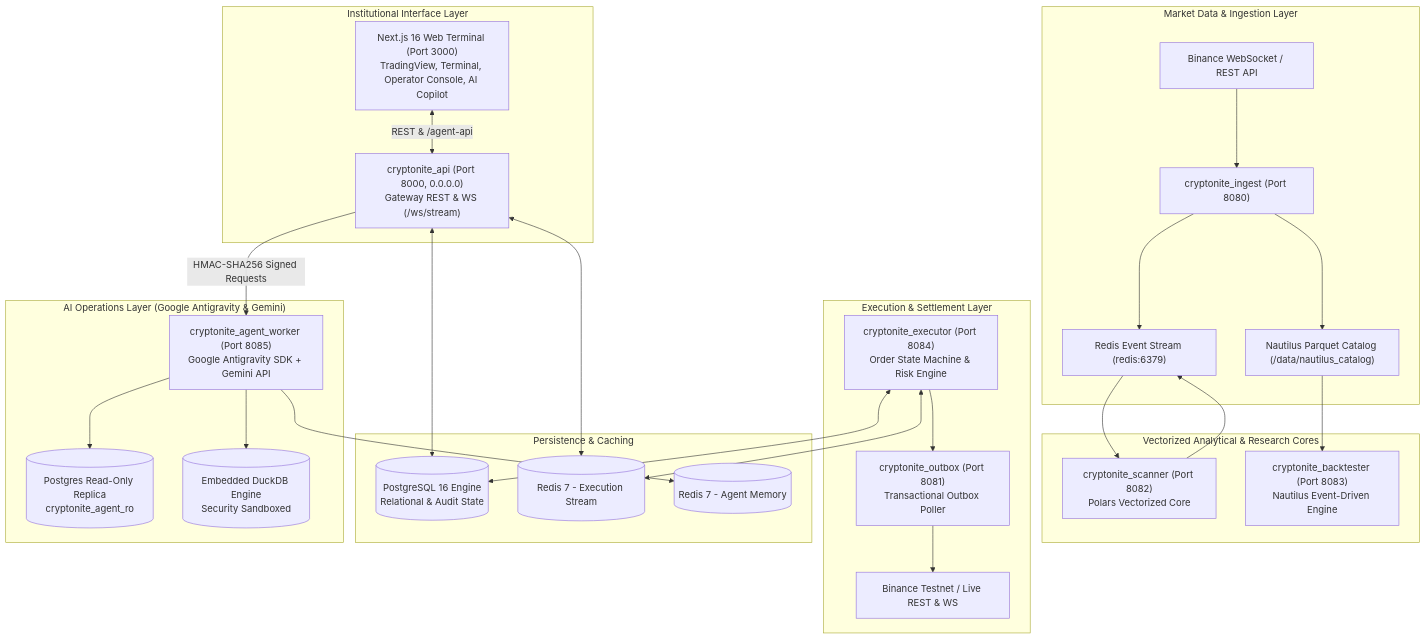
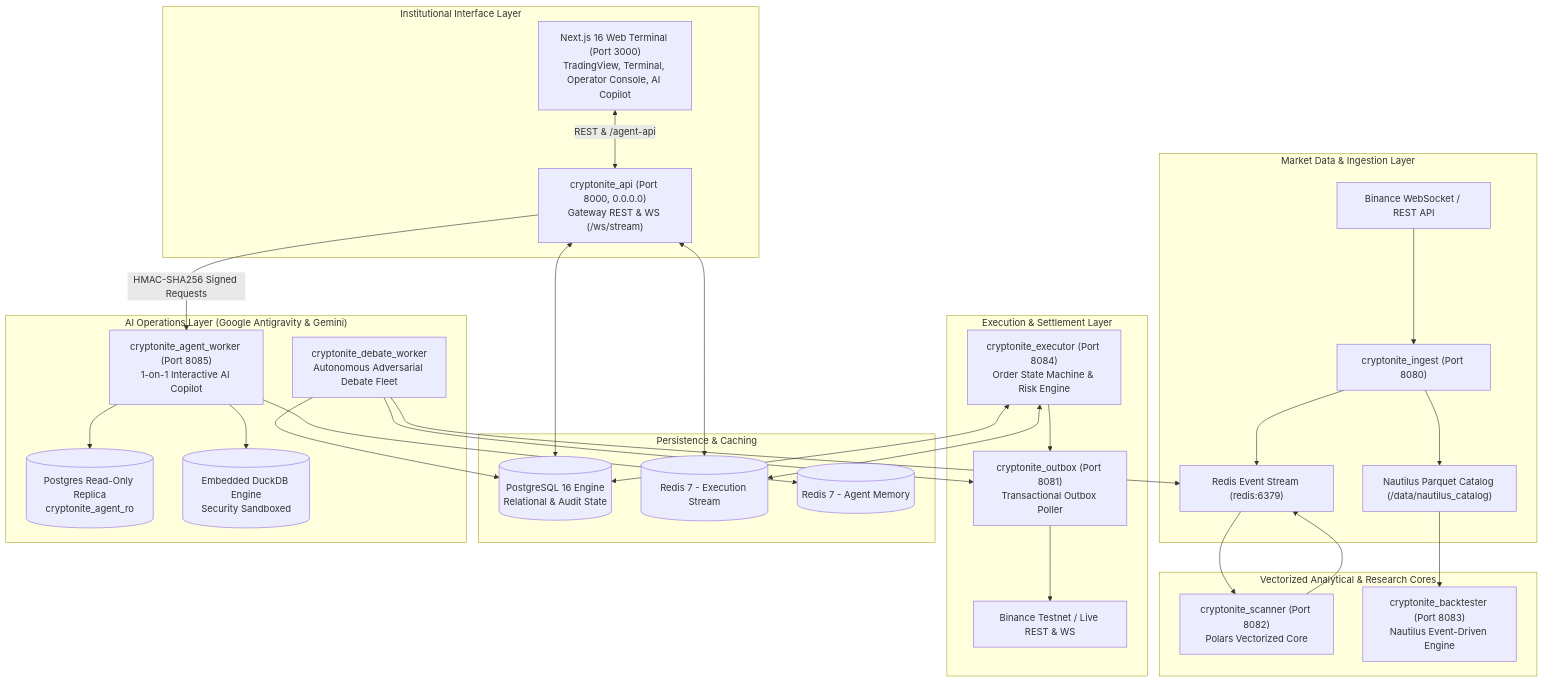
The first of 2 diagrams in README.md (sayegh9/cryptonite), drawn with Mermaid before and after one commit. The commit also changed other lines of this file and 4 other files, not shown here.

Commit message:
docs: refresh README, manuals, kill-switch runbook, and add architecture contract map

````diff
--- a/README.md
+++ b/README.md
@@ -24,46 +25,50 @@
 ```mermaid
 flowchart TB
     subgraph MarketData ["Market Data & Ingestion Layer"]
         BinanceWS["Binance WebSocket / REST API"] --> Ingest["cryptonite_ingest (Port 8080)"]
         Ingest --> ParquetCat["Nautilus Parquet Catalog (/data/nautilus_catalog)"]
         Ingest --> RedisPubSub["Redis Event Stream (redis:6379)"]
     end
 
     subgraph AnalyticalCores ["Vectorized Analytical & Research Cores"]
         RedisPubSub --> Scanner["cryptonite_scanner (Port 8082)<br/>Polars Vectorized Core"]
         ParquetCat --> Backtester["cryptonite_backtester (Port 8083)<br/>Nautilus Event-Driven Engine"]
     end
 
     subgraph ExecutionPlane ["Execution & Settlement Layer"]
         Executor["cryptonite_executor (Port 8084)<br/>Order State Machine & Risk Engine"]
         Outbox["cryptonite_outbox (Port 8081)<br/>Transactional Outbox Poller"]
         Executor --> Outbox
         Outbox --> BinanceLive["Binance Testnet / Live REST & WS"]
     end
 
     subgraph Persistence ["Persistence & Caching"]
         Postgres[(PostgreSQL 16 Engine<br/>Relational & Audit State)]
         RedisExec[(Redis 7 - Execution Stream)]
         RedisAgents[(Redis 7 - Agent Memory)]
     end
 
     subgraph AIOperations ["AI Operations Layer (Google Antigravity & Gemini)"]
-        AgentWorker["cryptonite_agent_worker (Port 8085)<br/>Google Antigravity SDK + Gemini API"]
+        AgentWorker["cryptonite_agent_worker (Port 8085)<br/>1-on-1 Interactive AI Copilot"]
+        DebateWorker["cryptonite_debate_worker<br/>Autonomous Adversarial Debate Fleet"]
         AgentWorker --> PostgresRO[(Postgres Read-Only Replica<br/>cryptonite_agent_ro)]
         AgentWorker --> ParquetDuckDB[(Embedded DuckDB Engine<br/>Security Sandboxed)]
         AgentWorker --> RedisAgents
+        DebateWorker --> RedisPubSub
+        DebateWorker --> Postgres
+        DebateWorker --> Outbox
     end
 
     subgraph Interface ["Institutional Interface Layer"]
         FastAPI["cryptonite_api (Port 8000, 0.0.0.0)<br/>Gateway REST & WS (/ws/stream)"]
         WebUI["Next.js 16 Web Terminal (Port 3000)<br/>TradingView, Terminal, Operator Console, AI Copilot"]
     end
 
     FastAPI <--> Postgres
     FastAPI <--> RedisExec
     WebUI <-->|REST & /agent-api| FastAPI
     FastAPI -->|HMAC-SHA256 Signed Requests| AgentWorker
     Executor <--> Postgres
     Executor <--> RedisExec
     Scanner --> RedisPubSub
 ```
````
